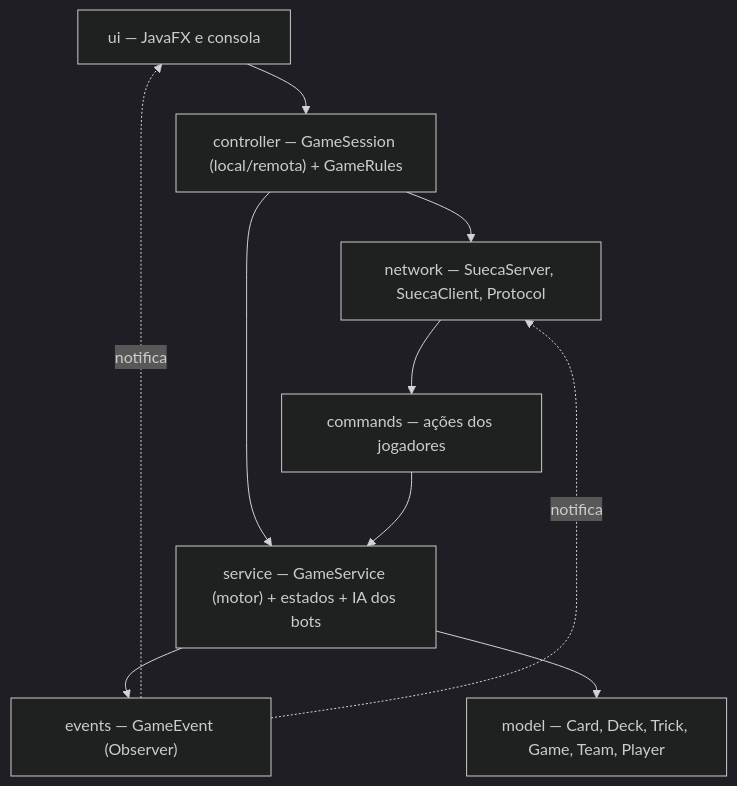
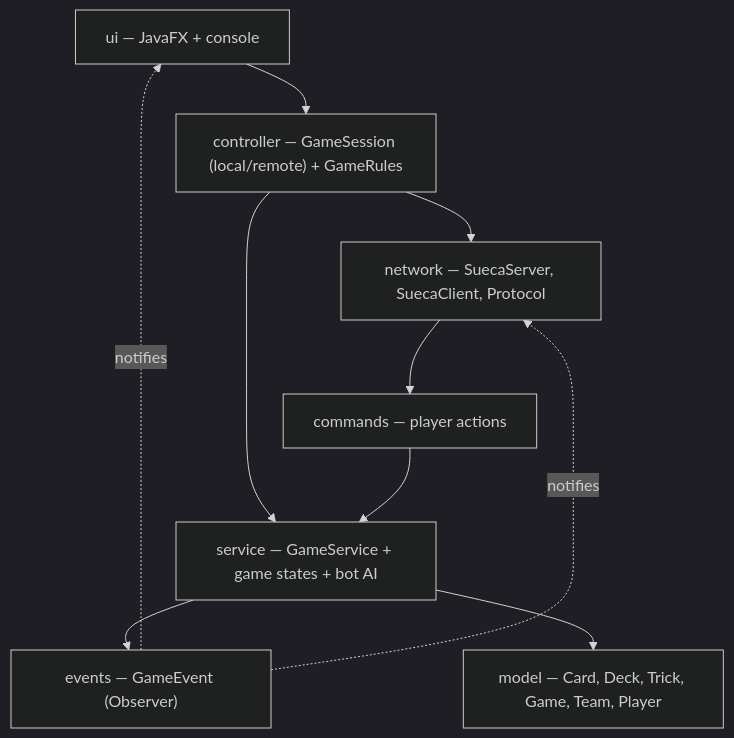
The diagram in README.md (Nokz22/SuecaGame), drawn with Mermaid (dark theme) before and after one commit. The commit also changed other lines of this file, not shown here.

````diff
--- a/README.md
+++ b/README.md
@@ -66,12 +102,12 @@
 ```mermaid
 graph TD
-    UI["ui — JavaFX e consola"] --> CTRL["controller — GameSession (local/remota) + GameRules"]
+    UI["ui — JavaFX + console"] --> CTRL["controller — GameSession (local/remote) + GameRules"]
     CTRL --> NET["network — SuecaServer, SuecaClient, Protocol"]
-    CTRL --> SVC["service — GameService (motor) + estados + IA dos bots"]
-    NET --> CMD["commands — ações dos jogadores"]
+    CTRL --> SVC["service — GameService + game states + bot AI"]
+    NET --> CMD["commands — player actions"]
     CMD --> SVC
     SVC --> EV["events — GameEvent (Observer)"]
     SVC --> MODEL["model — Card, Deck, Trick, Game, Team, Player"]
-    EV -.notifica.-> UI
-    EV -.notifica.-> NET
+    EV -.notifies.-> UI
+    EV -.notifies.-> NET
 ```
````
